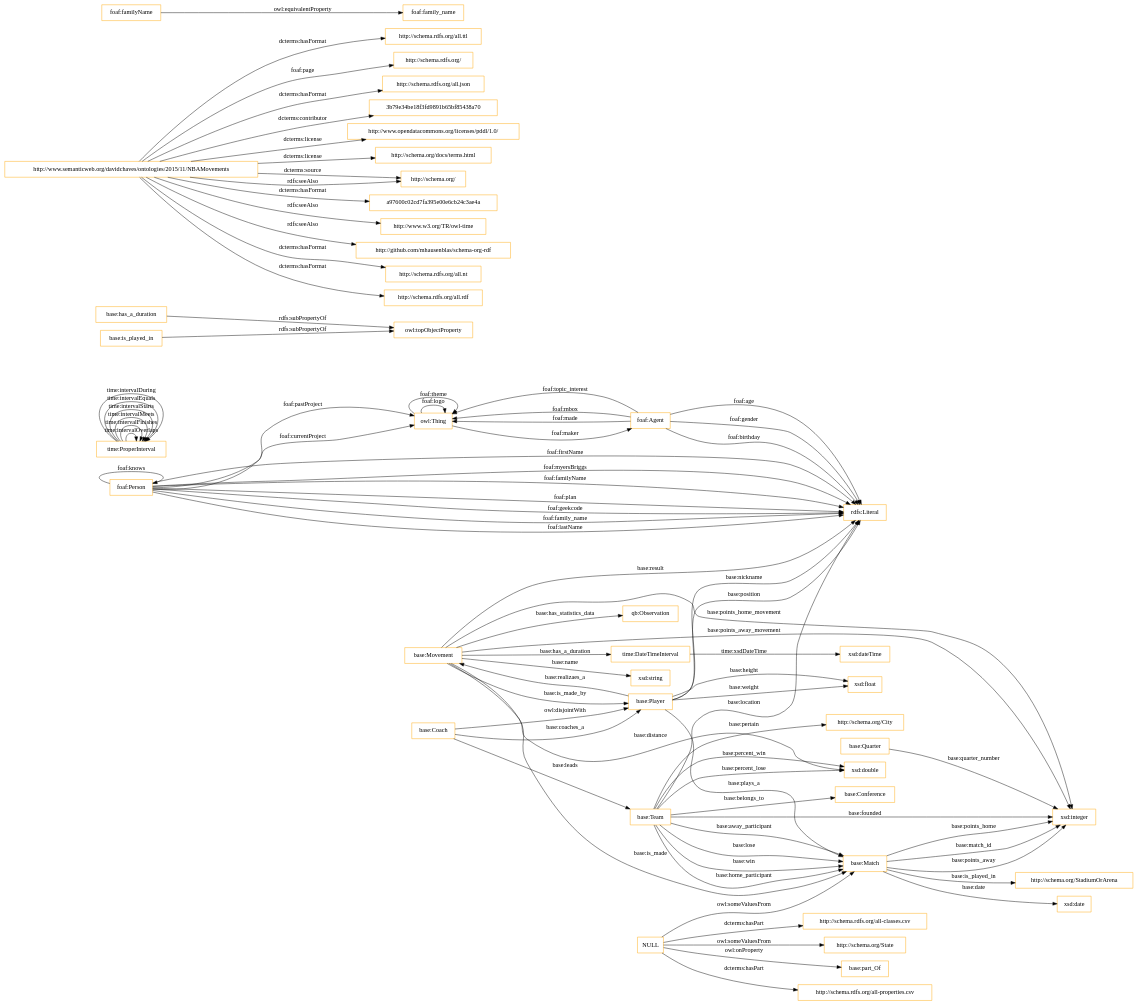
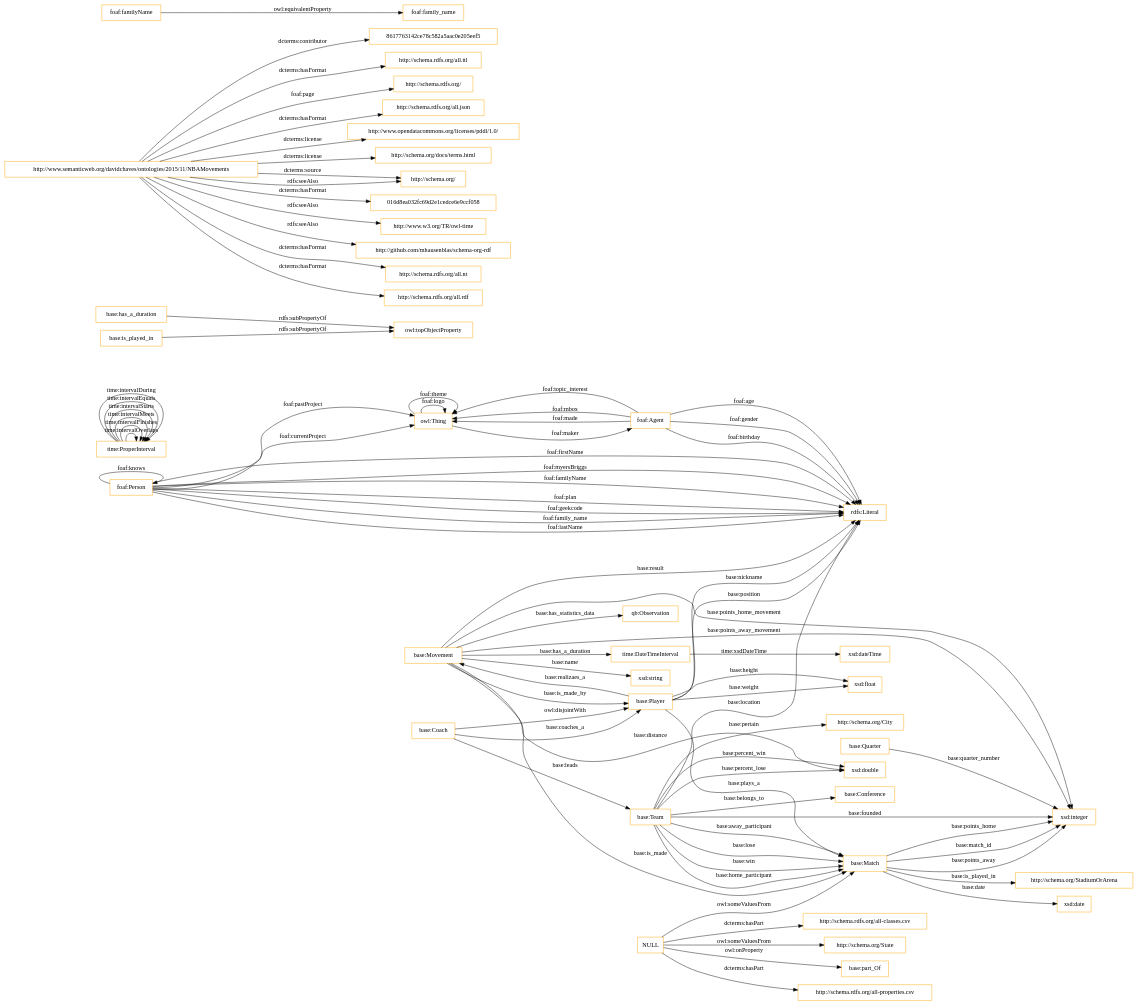
One commit to OnToologyUser/nba-ontology changed the diagram in OnToology/ontology/nba.ttl/diagrams/ar2dtool-class/nba.ttl.png.dot. Above: the diagram before and after it, drawn with Graphviz. The commit also changed 26 other files, not shown here.

```diff
--- a/OnToology/ontology/nba.ttl/diagrams/ar2dtool-class/nba.ttl.png.dot
+++ b/OnToology/ontology/nba.ttl/diagrams/ar2dtool-class/nba.ttl.png.dot
@@ -1,87 +1,87 @@
 digraph ar2dtool_diagram { 
 rankdir=LR;
 size="1501"
 node [shape = rectangle, color="orange"]; "time:DateTimeInterval" "base:Team" "base:Coach" "time:ProperInterval" "http://schema.org/State" "http://schema.org/City" "foaf:Person" "base:Player" "base:Quarter" "http://schema.org/StadiumOrArena" "base:Match" "qb:Observation" "base:Movement" "base:Conference" ; /*classes style*/
 	"base:Coach" -> "base:Player" [ label = "owl:disjointWith" ];
 	"base:has_a_duration" -> "owl:topObjectProperty" [ label = "rdfs:subPropertyOf" ];
+	"http://www.semanticweb.org/davidchaves/ontologies/2015/11/NBAMovements" -> "8617763142ce78c582a5aac0e205eef5" [ label = "dcterms:contributor" ];
 	"http://www.semanticweb.org/davidchaves/ontologies/2015/11/NBAMovements" -> "http://schema.rdfs.org/all.ttl" [ label = "dcterms:hasFormat" ];
 	"http://www.semanticweb.org/davidchaves/ontologies/2015/11/NBAMovements" -> "http://schema.rdfs.org/" [ label = "foaf:page" ];
 	"http://www.semanticweb.org/davidchaves/ontologies/2015/11/NBAMovements" -> "http://schema.rdfs.org/all.json" [ label = "dcterms:hasFormat" ];
-	"http://www.semanticweb.org/davidchaves/ontologies/2015/11/NBAMovements" -> "3b79e34be18f3fd9891b65bf85438a70" [ label = "dcterms:contributor" ];
 	"http://www.semanticweb.org/davidchaves/ontologies/2015/11/NBAMovements" -> "http://www.opendatacommons.org/licenses/pddl/1.0/" [ label = "dcterms:license" ];
 	"http://www.semanticweb.org/davidchaves/ontologies/2015/11/NBAMovements" -> "http://schema.org/docs/terms.html" [ label = "dcterms:license" ];
 	"http://www.semanticweb.org/davidchaves/ontologies/2015/11/NBAMovements" -> "http://schema.org/" [ label = "dcterms:source" ];
-	"http://www.semanticweb.org/davidchaves/ontologies/2015/11/NBAMovements" -> "a97600c02cd7fa395e00e6cb24c3ae4a" [ label = "dcterms:hasFormat" ];
+	"http://www.semanticweb.org/davidchaves/ontologies/2015/11/NBAMovements" -> "016d8ea032fc69d2e1cedce6e9ccf058" [ label = "dcterms:hasFormat" ];
 	"http://www.semanticweb.org/davidchaves/ontologies/2015/11/NBAMovements" -> "http://www.w3.org/TR/owl-time" [ label = "rdfs:seeAlso" ];
 	"http://www.semanticweb.org/davidchaves/ontologies/2015/11/NBAMovements" -> "http://schema.org/" [ label = "rdfs:seeAlso" ];
 	"http://www.semanticweb.org/davidchaves/ontologies/2015/11/NBAMovements" -> "http://github.com/mhausenblas/schema-org-rdf" [ label = "rdfs:seeAlso" ];
 	"http://www.semanticweb.org/davidchaves/ontologies/2015/11/NBAMovements" -> "http://schema.rdfs.org/all.nt" [ label = "dcterms:hasFormat" ];
 	"http://www.semanticweb.org/davidchaves/ontologies/2015/11/NBAMovements" -> "http://schema.rdfs.org/all.rdf" [ label = "dcterms:hasFormat" ];
 	"base:is_played_in" -> "owl:topObjectProperty" [ label = "rdfs:subPropertyOf" ];
 	"foaf:familyName" -> "foaf:family_name" [ label = "owl:equivalentProperty" ];
+	"NULL" -> "base:Match" [ label = "owl:someValuesFrom" ];
 	"NULL" -> "http://schema.org/State" [ label = "owl:someValuesFrom" ];
-	"NULL" -> "base:Match" [ label = "owl:someValuesFrom" ];
 	"NULL" -> "base:part_Of" [ label = "owl:onProperty" ];
 	"NULL" -> "http://schema.rdfs.org/all-properties.csv" [ label = "dcterms:hasPart" ];
 	"NULL" -> "http://schema.rdfs.org/all-classes.csv" [ label = "dcterms:hasPart" ];
 	"base:Team" -> "http://schema.org/City" [ label = "base:pertain" ];
 	"base:Match" -> "xsd:integer" [ label = "base:points_away" ];
 	"base:Movement" -> "xsd:string" [ label = "base:name" ];
 	"base:Player" -> "rdfs:Literal" [ label = "base:position" ];
 	"base:Team" -> "xsd:integer" [ label = "base:founded" ];
 	"base:Player" -> "xsd:float" [ label = "base:weight" ];
 	"base:Movement" -> "base:Match" [ label = "base:is_made" ];
 	"base:Movement" -> "base:Player" [ label = "base:is_made_by" ];
 	"base:Team" -> "base:Match" [ label = "base:away_participant" ];
 	"foaf:Person" -> "owl:Thing" [ label = "foaf:pastProject" ];
 	"time:ProperInterval" -> "time:ProperInterval" [ label = "time:intervalOverlaps" ];
 	"foaf:Person" -> "rdfs:Literal" [ label = "foaf:firstName" ];
 	"base:Player" -> "base:Movement" [ label = "base:realizaes_a" ];
 	"base:Team" -> "base:Conference" [ label = "base:belongs_to" ];
 	"time:DateTimeInterval" -> "xsd:dateTime" [ label = "time:xsdDateTime" ];
 	"foaf:Agent" -> "owl:Thing" [ label = "foaf:topic_interest" ];
 	"base:Match" -> "xsd:date" [ label = "base:date" ];
 	"base:Player" -> "rdfs:Literal" [ label = "base:nickname" ];
 	"base:Team" -> "rdfs:Literal" [ label = "base:location" ];
 	"base:Match" -> "xsd:integer" [ label = "base:points_home" ];
 	"base:Team" -> "xsd:double" [ label = "base:percent_win" ];
 	"foaf:Agent" -> "rdfs:Literal" [ label = "foaf:gender" ];
 	"base:Match" -> "xsd:integer" [ label = "base:match_id" ];
 	"base:Team" -> "base:Match" [ label = "base:lose" ];
 	"base:Movement" -> "xsd:integer" [ label = "base:points_away_movement" ];
 	"base:Movement" -> "rdfs:Literal" [ label = "base:result" ];
 	"base:Team" -> "base:Match" [ label = "base:win" ];
 	"base:Player" -> "xsd:float" [ label = "base:height" ];
 	"time:ProperInterval" -> "time:ProperInterval" [ label = "time:intervalFinishes" ];
 	"owl:Thing" -> "foaf:Agent" [ label = "foaf:maker" ];
 	"base:Team" -> "base:Match" [ label = "base:home_participant" ];
 	"base:Movement" -> "time:DateTimeInterval" [ label = "base:has_a_duration" ];
 	"foaf:Person" -> "rdfs:Literal" [ label = "foaf:myersBriggs" ];
 	"foaf:Person" -> "rdfs:Literal" [ label = "foaf:familyName" ];
 	"time:ProperInterval" -> "time:ProperInterval" [ label = "time:intervalMeets" ];
 	"base:Movement" -> "xsd:double" [ label = "base:distance" ];
 	"foaf:Agent" -> "owl:Thing" [ label = "foaf:mbox" ];
 	"foaf:Person" -> "foaf:Person" [ label = "foaf:knows" ];
 	"owl:Thing" -> "owl:Thing" [ label = "foaf:logo" ];
 	"owl:Thing" -> "owl:Thing" [ label = "foaf:theme" ];
 	"base:Coach" -> "base:Team" [ label = "base:leads" ];
 	"time:ProperInterval" -> "time:ProperInterval" [ label = "time:intervalStarts" ];
 	"foaf:Person" -> "rdfs:Literal" [ label = "foaf:plan" ];
 	"foaf:Person" -> "rdfs:Literal" [ label = "foaf:geekcode" ];
 	"base:Team" -> "xsd:double" [ label = "base:percent_lose" ];
 	"foaf:Person" -> "rdfs:Literal" [ label = "foaf:family_name" ];
 	"base:Movement" -> "qb:Observation" [ label = "base:has_statistics_data" ];
 	"base:Coach" -> "base:Player" [ label = "base:coaches_a" ];
 	"base:Movement" -> "xsd:integer" [ label = "base:points_home_movement" ];
 	"foaf:Agent" -> "owl:Thing" [ label = "foaf:made" ];
 	"foaf:Person" -> "owl:Thing" [ label = "foaf:currentProject" ];
 	"time:ProperInterval" -> "time:ProperInterval" [ label = "time:intervalEquals" ];
 	"time:ProperInterval" -> "time:ProperInterval" [ label = "time:intervalDuring" ];
 	"foaf:Person" -> "rdfs:Literal" [ label = "foaf:lastName" ];
 	"foaf:Agent" -> "rdfs:Literal" [ label = "foaf:birthday" ];
 	"base:Player" -> "base:Match" [ label = "base:plays_a" ];
 	"base:Match" -> "http://schema.org/StadiumOrArena" [ label = "base:is_played_in" ];
 	"foaf:Agent" -> "rdfs:Literal" [ label = "foaf:age" ];
 	"base:Quarter" -> "xsd:integer" [ label = "base:quarter_number" ];
 
 }
```
